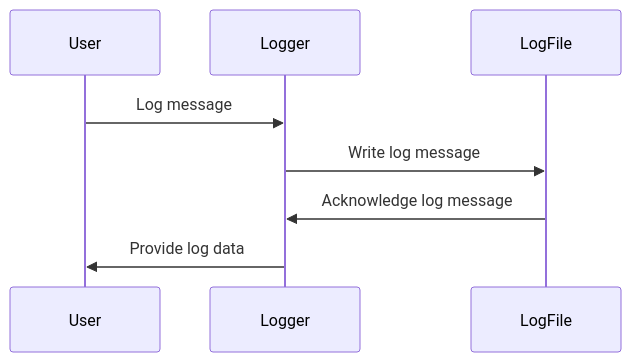
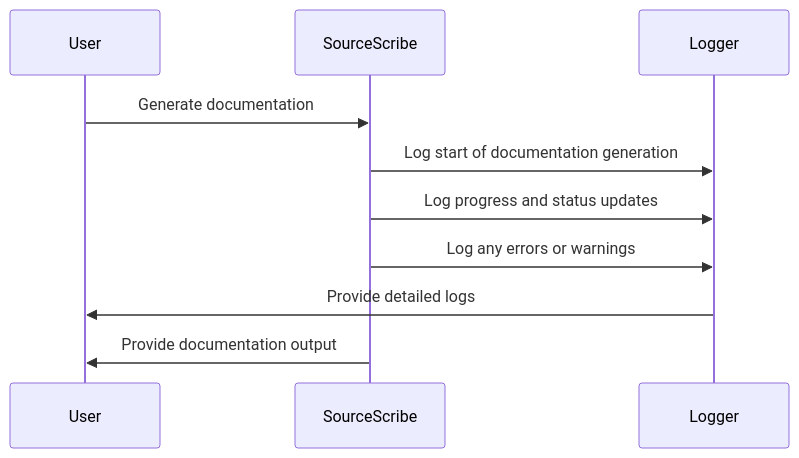
One commit to Source-Scribe/sourcescribe-core changed the sixth of 6 diagrams in website/docs/api-reference/features/index.md. Above: the diagram before and after it, drawn with Mermaid. The commit also changed other lines of this file and 2 other files, not shown here.

````diff
--- a/website/docs/api-reference/features/index.md
+++ b/website/docs/api-reference/features/index.md
@@ -229,11 +232,13 @@
 ```mermaid
 sequenceDiagram
     participant User
+    participant SourceScribe
     participant Logger
-    participant LogFile
 
-    User->>Logger: Log message
-    Logger->>LogFile: Write log message
-    LogFile->>Logger: Acknowledge log message
-    Logger->>User: Provide log data
+    User->>SourceScribe: Generate documentation
+    SourceScribe->>Logger: Log start of documentation generation
+    SourceScribe->>Logger: Log progress and status updates
+    SourceScribe->>Logger: Log any errors or warnings
+    Logger->>User: Provide detailed logs
+    SourceScribe->>User: Provide documentation output
 ```
````
